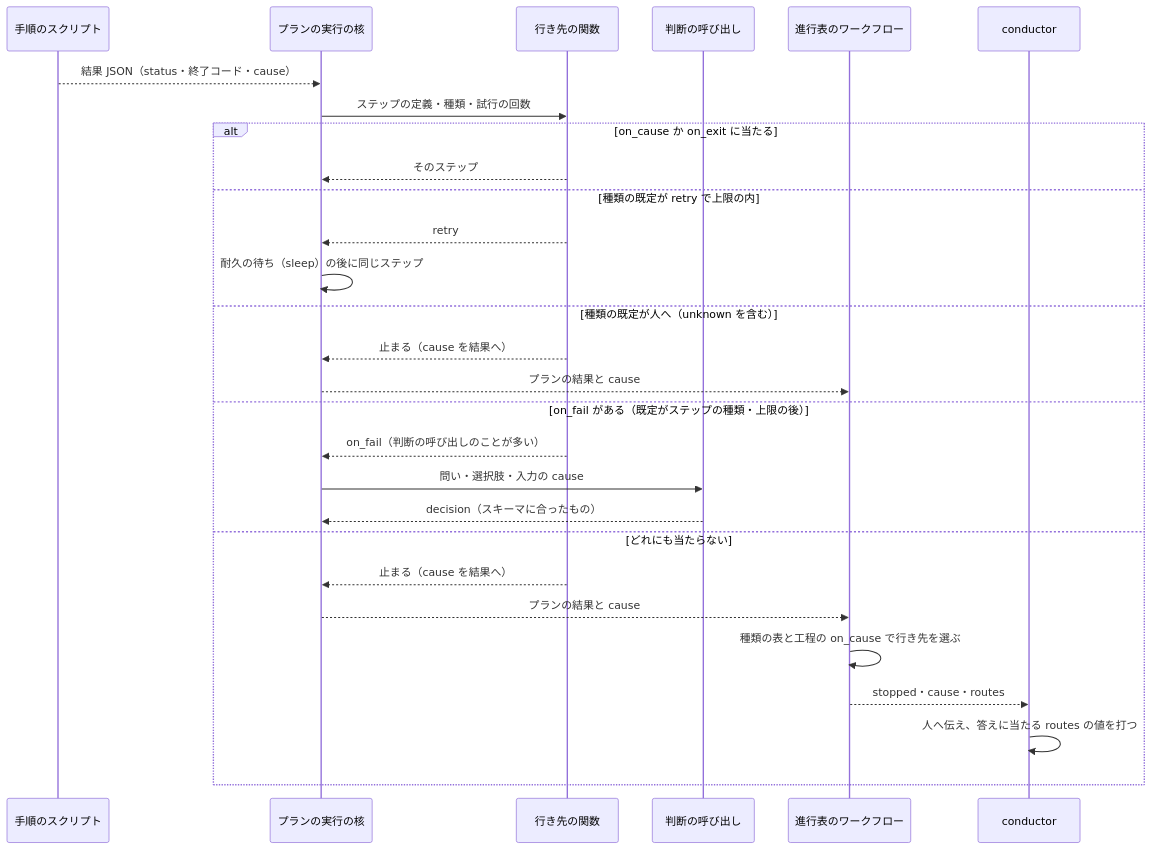
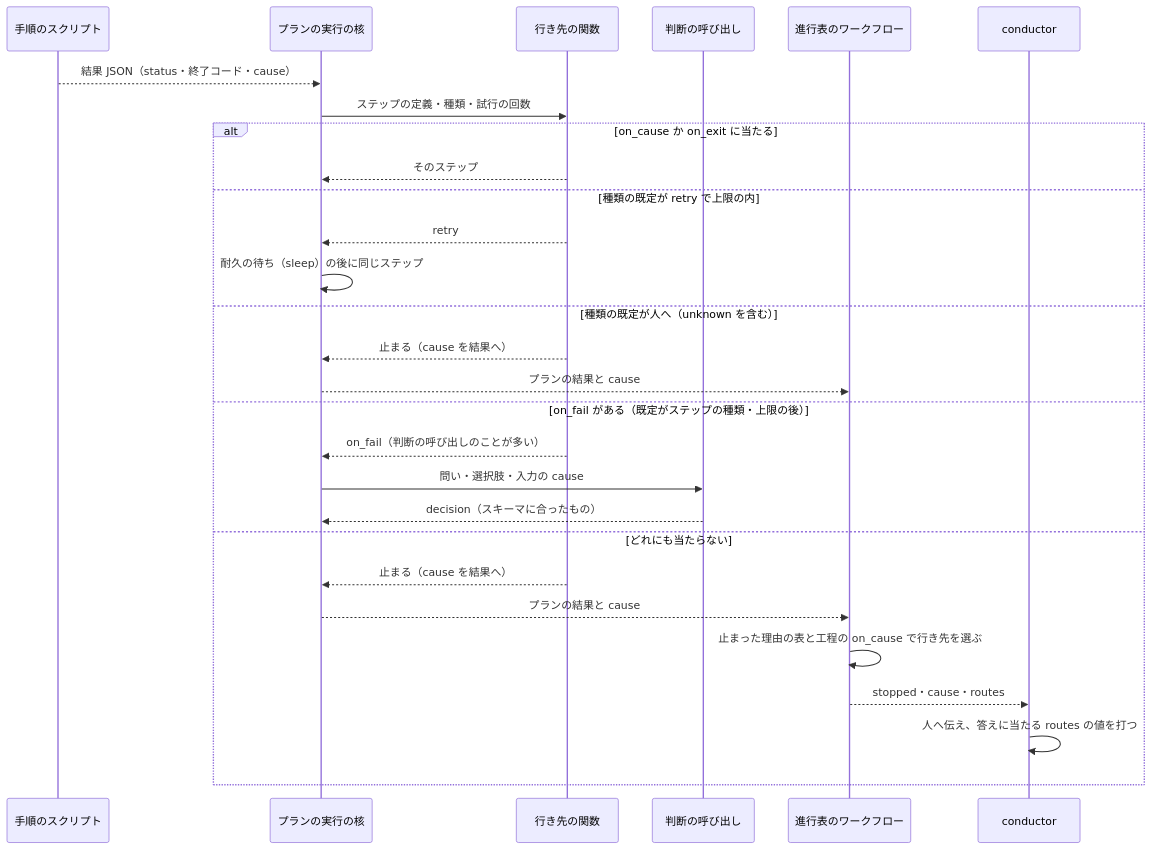
Before and after one commit to devbasex/ai-plugins: the second of 2 diagrams in issues/issue-1142-design-scripted-flow.md, drawn with Mermaid. The commit also changed other lines of this file and 5 other files, not shown here.

First line of the commit message:
Docs: #1142 の設計の未決 3 件を直す（止まった理由の表の改名・jsonschema は DT1 が足す・判定データと要求の判定表の対応）

````diff
--- a/issues/issue-1142-design-scripted-flow.md
+++ b/issues/issue-1142-design-scripted-flow.md
@@ -327,30 +327,30 @@
 ```mermaid
 sequenceDiagram
     participant S as 手順のスクリプト
     participant E as プランの実行の核
     participant R as 行き先の関数
     participant J as 判断の呼び出し
     participant W as 進行表のワークフロー
     participant C as conductor
     S-->>E: 結果 JSON（status・終了コード・cause）
     E->>R: ステップの定義・種類・試行の回数
     alt on_cause か on_exit に当たる
         R-->>E: そのステップ
     else 種類の既定が retry で上限の内
         R-->>E: retry
         E->>E: 耐久の待ち（sleep）の後に同じステップ
     else 種類の既定が人へ（unknown を含む）
         R-->>E: 止まる（cause を結果へ）
         E-->>W: プランの結果と cause
     else on_fail がある（既定がステップの種類・上限の後）
         R-->>E: on_fail（判断の呼び出しのことが多い）
         E->>J: 問い・選択肢・入力の cause
         J-->>E: decision（スキーマに合ったもの）
     else どれにも当たらない
         R-->>E: 止まる（cause を結果へ）
         E-->>W: プランの結果と cause
-        W->>W: 種類の表と工程の on_cause で行き先を選ぶ
+        W->>W: 止まった理由の表と工程の on_cause で行き先を選ぶ
         W-->>C: stopped・cause・routes
         C->>C: 人へ伝え、答えに当たる routes の値を打つ
     end
 ```
````
